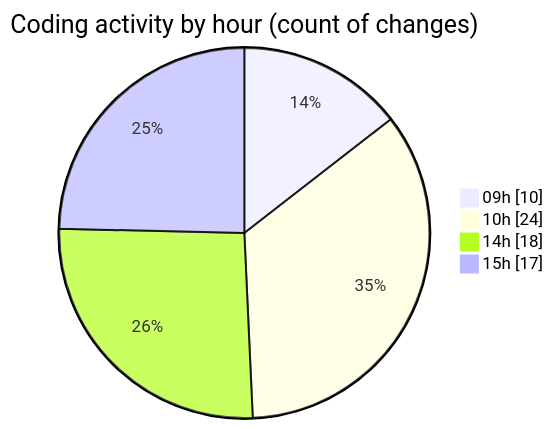
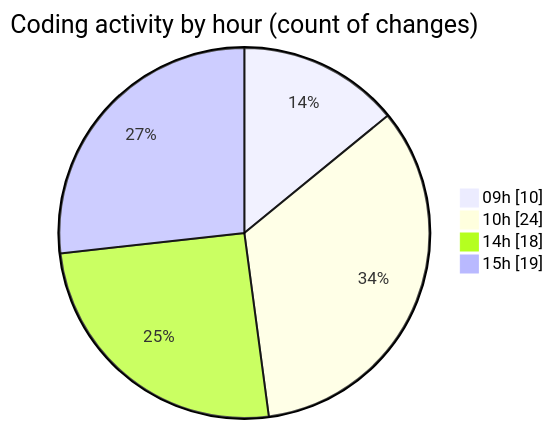
One commit to momahboobian/code-tracking changed the second of 2 diagrams in 2026-07-21/cda/README.md. Above: the diagram before and after it, drawn with Mermaid. The commit also changed other lines of this file and 1 other file, not shown here.

````diff
--- a/2026-07-21/cda/README.md
+++ b/2026-07-21/cda/README.md
@@ -47,8 +47,8 @@
 ```mermaid
 pie showData
 title Coding activity by hour (count of changes)
 "09h" : 10
 "10h" : 24
 "14h" : 18
-"15h" : 17
+"15h" : 19
 ```
````
